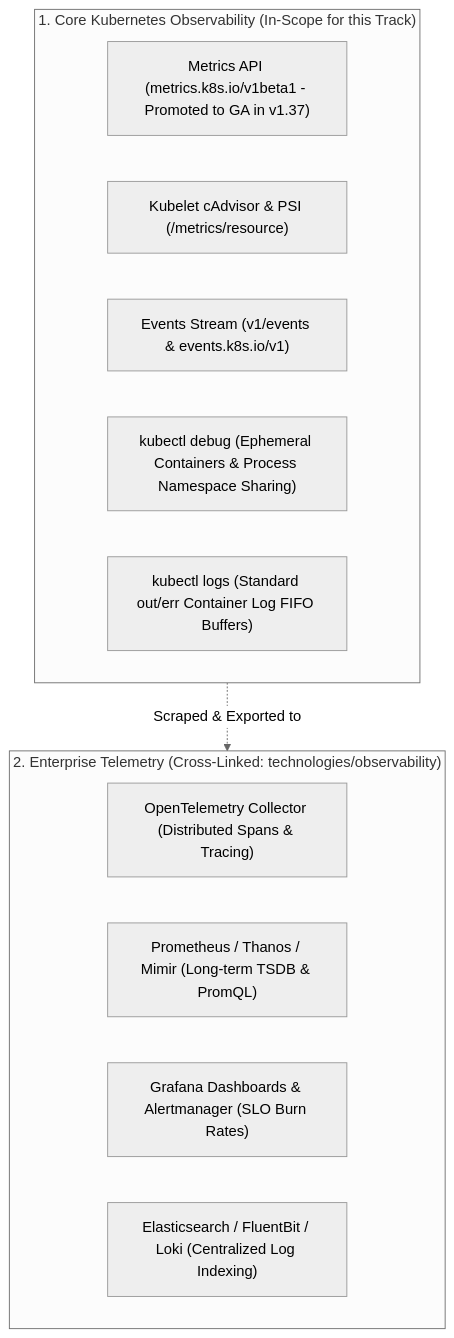
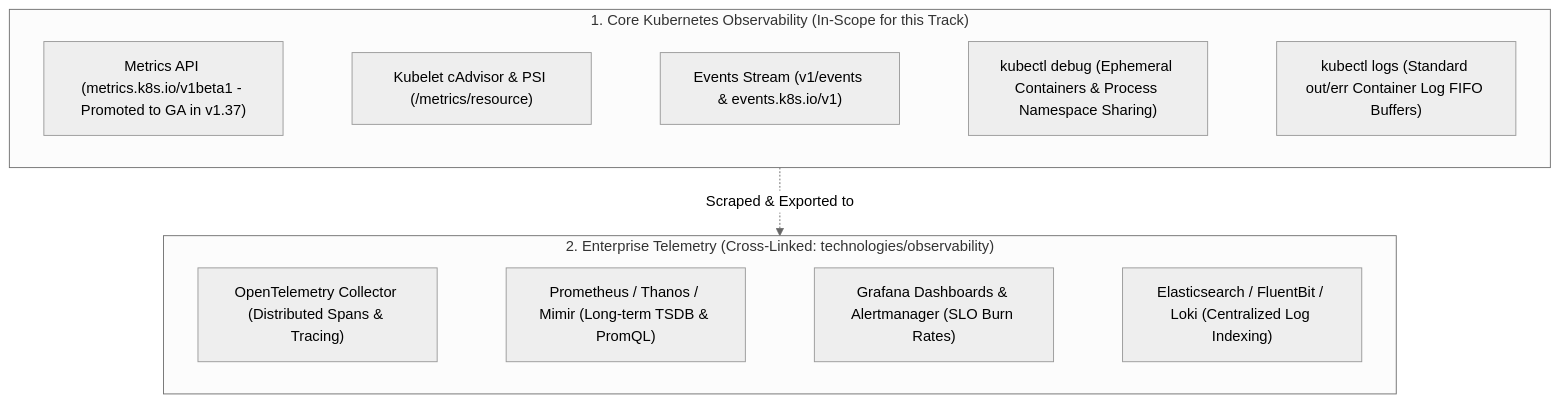
The first of 4 diagrams in technologies/kubernetes/modules/13-observability-and-troubleshooting.md (espoem/zero-to-one), drawn with Mermaid (neutral theme) before and after one commit. The commit also changed other lines of this file and 171 other files, not shown here.

Commit message:
fix(curriculum): repair LaTeX and KaTeX math blocks, heading uniqueness, and diagram constraints

````diff
--- a/technologies/kubernetes/modules/13-observability-and-troubleshooting.md
+++ b/technologies/kubernetes/modules/13-observability-and-troubleshooting.md
@@ -15,19 +15,21 @@
 ```mermaid
 flowchart TD
     subgraph CoreK8sObservability["1. Core Kubernetes Observability (In-Scope for this Track)"]
         MetricsAPI["Metrics API (metrics.k8s.io/v1beta1 - Promoted to GA in v1.37)"]
         KubeletCadvisor["Kubelet cAdvisor & PSI (/metrics/resource)"]
         EventsAPI["Events Stream (v1/events & events.k8s.io/v1)"]
         KDebug["kubectl debug (Ephemeral Containers & Process Namespace Sharing)"]
         KLogs["kubectl logs (Standard out/err Container Log FIFO Buffers)"]
+        MetricsAPI ~~~ KubeletCadvisor ~~~ EventsAPI ~~~ KDebug ~~~ KLogs
     end
 
     subgraph AppTelemetry["2. Enterprise Telemetry (Cross-Linked: technologies/observability)"]
         OTel["OpenTelemetry Collector (Distributed Spans & Tracing)"]
         PromThanos["Prometheus / Thanos / Mimir (Long-term TSDB & PromQL)"]
         LGTM["Grafana Dashboards & Alertmanager (SLO Burn Rates)"]
         Elastic["Elasticsearch / FluentBit / Loki (Centralized Log Indexing)"]
+        OTel ~~~ PromThanos ~~~ LGTM ~~~ Elastic
     end
 
     CoreK8sObservability -.->|"Scraped & Exported to"| AppTelemetry
 ```
````
